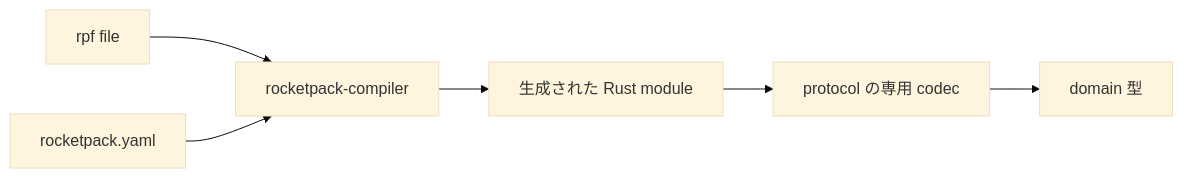
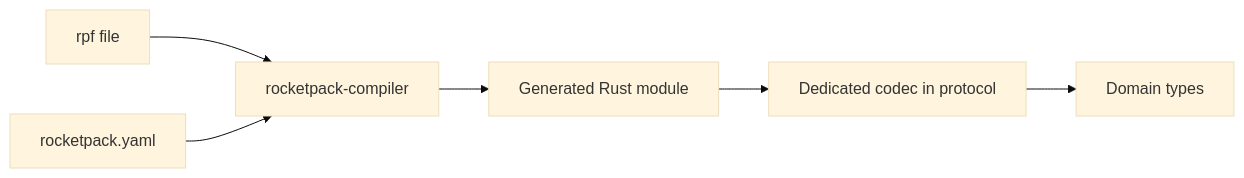
The diagram in docs/design/rocketpack.md (omnius-labs/axus), drawn with Mermaid (base theme) before and after one commit. The commit also changed other lines of this file and 9 other files, not shown here.

````diff
--- a/docs/design/rocketpack.md
+++ b/docs/design/rocketpack.md
@@ -36,15 +36,15 @@
 ```mermaid
 flowchart LR
     Rpf[rpf file]
     Conf[rocketpack.yaml]
     Compiler[rocketpack-compiler]
-    Generated[生成された Rust module]
-    Codec[protocol の専用 codec]
-    Domain[domain 型]
+    Generated[Generated Rust module]
+    Codec[Dedicated codec in protocol]
+    Domain[Domain types]
 
     Rpf --> Compiler
     Conf --> Compiler
     Compiler --> Generated
     Generated --> Codec
     Codec --> Domain
 ```
````
